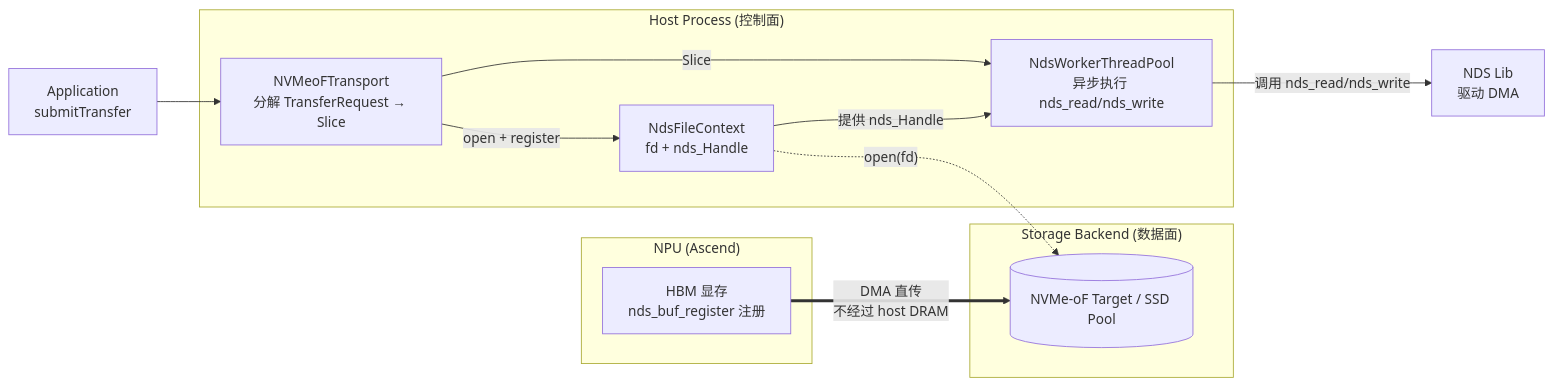
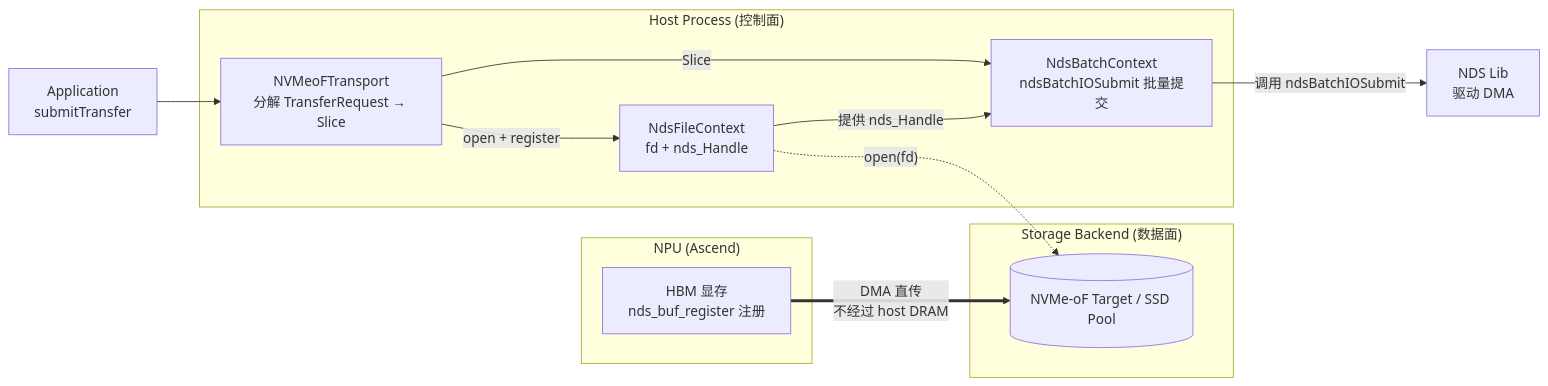
Before and after one commit to yz53665/Mooncake: diagram 16 of 17 in docs/rfc-nds-nvmeof-transport-cn.md, drawn with Mermaid. The commit also changed other lines of this file, not shown here.

````diff
--- a/docs/rfc-nds-nvmeof-transport-cn.md
+++ b/docs/rfc-nds-nvmeof-transport-cn.md
@@ -680,22 +700,22 @@
 ```mermaid
 flowchart LR
     subgraph NPU["NPU (Ascend)"]
         HBM[HBM 显存<br/>nds_buf_register 注册]
     end
     subgraph Host["Host Process (控制面)"]
         NVT[NVMeoFTransport<br/>分解 TransferRequest → Slice]
-        TP[NdsWorkerThreadPool<br/>异步执行 nds_read/nds_write]
+        NdsBatch[NdsBatchContext<br/>ndsBatchIOSubmit 批量提交]
         Ctx[NdsFileContext<br/>fd + nds_Handle]
     end
     subgraph Backend["Storage Backend (数据面)"]
         NVME[(NVMe-oF Target / SSD Pool)]
     end
 
     App[Application<br/>submitTransfer] --> NVT
-    NVT -->|Slice| TP
+    NVT -->|Slice| NdsBatch
     NVT -->|open + register| Ctx
-    Ctx -->|提供 nds_Handle| TP
+    Ctx -->|提供 nds_Handle| NdsBatch
     Ctx -. open(fd) .-> NVME
-    TP -->|调用 nds_read/nds_write| NDS_API[NDS Lib<br/>驱动 DMA]
+    NdsBatch -->|调用 ndsBatchIOSubmit| NDS_API[NDS Lib<br/>驱动 DMA]
     HBM ==>|DMA 直传<br/>不经过 host DRAM| NVME
 ```
````
